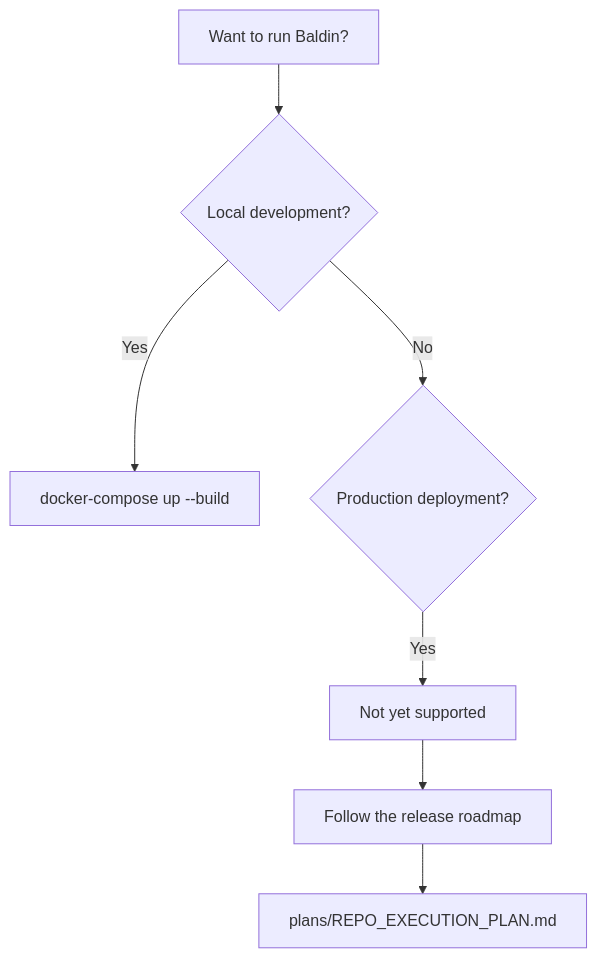
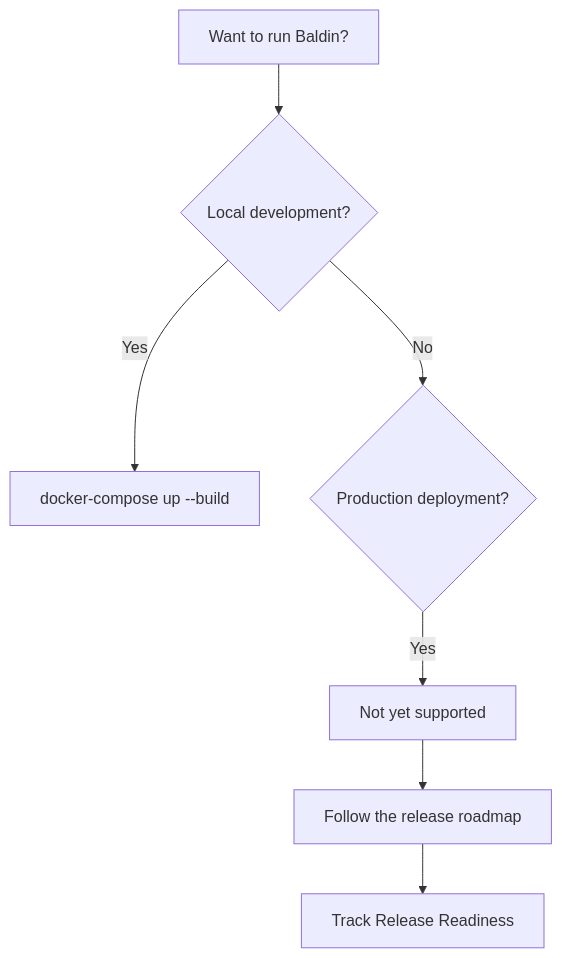
Before and after one commit to danphenderson/baldin: the diagram in docs/docs/getting-started/deployment-guide.md, drawn with Mermaid. The commit also changed other lines of this file and 16 other files, not shown here.

````diff
--- a/docs/docs/getting-started/deployment-guide.md
+++ b/docs/docs/getting-started/deployment-guide.md
@@ -82,11 +82,11 @@
 ```mermaid
 flowchart TD
     accTitle: Deployment Decision Tree
-    accDescr: Decision tree starting at Want to run Baldin — if local development choose docker-compose up --build; if production deployment that path is not yet supported and links to the release roadmap in plans/REPO_EXECUTION_PLAN.md.
+    accDescr: Decision tree starting at Want to run Baldin — if local development choose docker-compose up --build; if production deployment that path is not yet supported and links to the release roadmap.
     A[Want to run Baldin?] --> B{Local development?}
     B -- Yes --> C[docker-compose up --build]
     B -- No --> D{Production deployment?}
     D -- Yes --> E[Not yet supported]
     E --> F[Follow the release roadmap]
-    F --> G[plans/REPO_EXECUTION_PLAN.md]
+    F --> G[Track Release Readiness]
 ```
````
